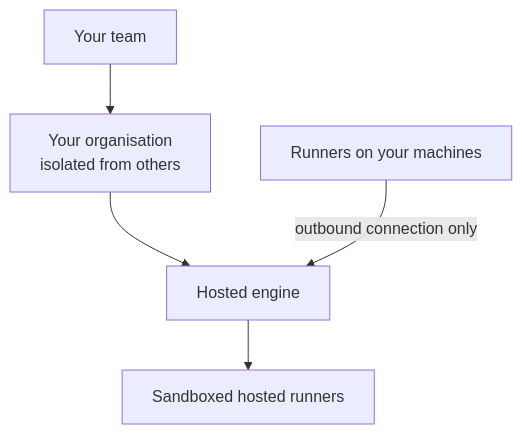
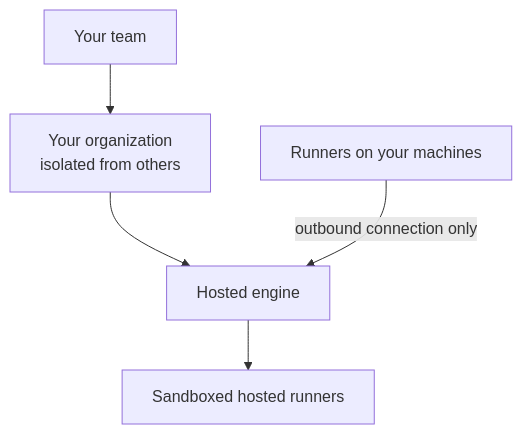
The first of 4 diagrams in docs/roadmap/hosted-service.md (JK-Magic-Creations/launchway), drawn with Mermaid before and after one commit. The commit also changed other lines of this file and 21 other files, not shown here.

Commit message:
Roadmap: designs 54 to 59, installer, hosted Bases and vendor console, statuses corrected; seven new area pages; four new principles

````diff
--- a/docs/roadmap/hosted-service.md
+++ b/docs/roadmap/hosted-service.md
@@ -9,7 +9,7 @@
 ```mermaid
 flowchart TD
-  Team["Your team"] --> Org["Your organisation<br/>isolated from others"]
+  Team["Your team"] --> Org["Your organization<br/>isolated from others"]
   Org --> Eng["Hosted engine"]
   Eng --> Sb["Sandboxed hosted runners"]
   Own["Runners on your machines"] -->|"outbound connection only"| Eng
 ```
````
